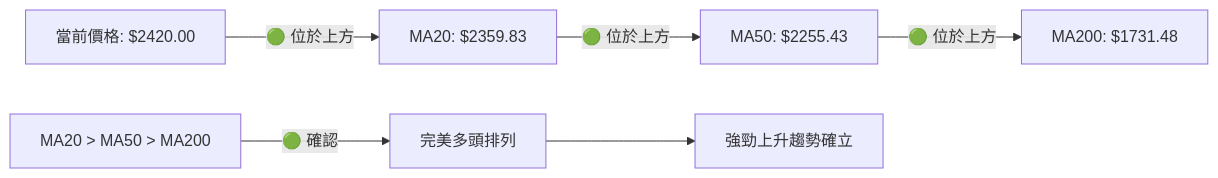
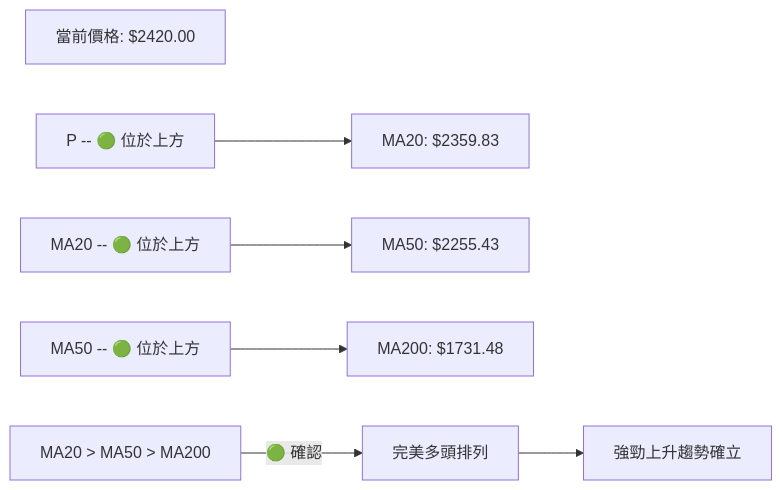
Before and after one commit to yennanliu/finance_data: the seventh of 8 diagrams in ai_gen_report/stock/2330.tw/technical_analysis_2026-06-24_gemini.md, drawn with Mermaid. The commit also changed other lines of this file and 2258 other files, not shown here.

First line of the commit message:
chore: backfill Mermaid syntax repair across existing reports

````diff
--- a/ai_gen_report/stock/2330.tw/technical_analysis_2026-06-24_gemini.md
+++ b/ai_gen_report/stock/2330.tw/technical_analysis_2026-06-24_gemini.md
@@ -476,14 +476,14 @@
 ```mermaid
 graph LR
     P["當前價格: $2420.00"]
     MA20["MA20: $2359.83"]
     MA50["MA50: $2255.43"]
     MA200["MA200: $1731.48"]
 
-    P -- 🟢 位於上方 --> MA20
-    MA20 -- 🟢 位於上方 --> MA50
-    MA50 -- 🟢 位於上方 --> MA200
+    nb1["P -- 🟢 位於上方"] --> MA20
+    nb2["MA20 -- 🟢 位於上方"] --> MA50
+    nb3["MA50 -- 🟢 位於上方"] --> MA200
 
     MA_ORDER["MA20 > MA50 > MA200"] -- 🟢 確認 --> BULLISH_ALIGN["完美多頭排列"]
     BULLISH_ALIGN --> TREND_CONFIRMATION["強勁上升趨勢確立"]
 ```
````
